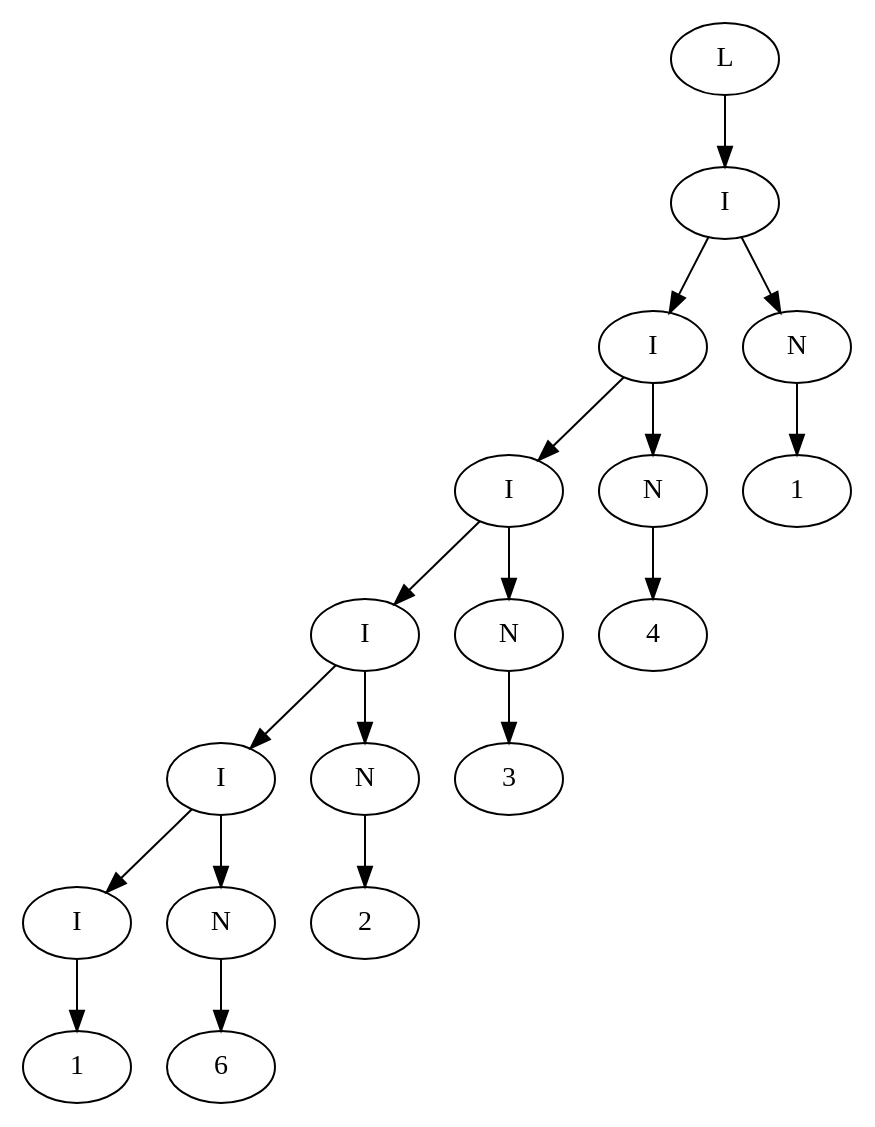
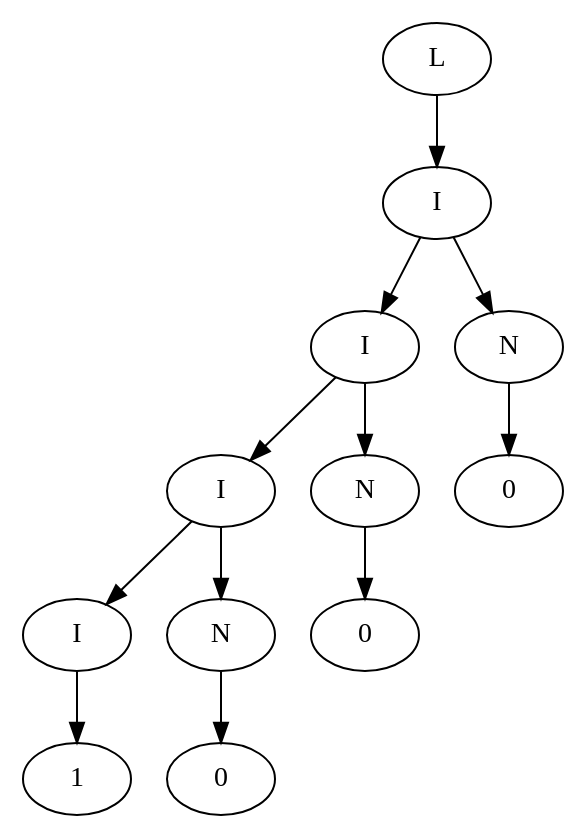
The diagram in IniciaConUno/archivo.dot (rcastroumg/AutomatasYLenguajesA), drawn with Graphviz before and after one commit. The commit also changed 21 other files, not shown here.

```diff
--- a/IniciaConUno/archivo.dot
+++ b/IniciaConUno/archivo.dot
@@ -1,38 +1,26 @@
 digraph G{
 nodo0 [label=1];
 nodo1 [label=I];
 nodo1 -> nodo0;
-nodo2 [label=6];
+nodo2 [label=0];
 nodo3 [label=N];
 nodo3 -> nodo2;
 nodo4 [label=I];
 nodo4 -> nodo1;
 nodo4 -> nodo3;
-nodo5 [label=2];
+nodo5 [label=0];
 nodo6 [label=N];
 nodo6 -> nodo5;
 nodo7 [label=I];
 nodo7 -> nodo4;
 nodo7 -> nodo6;
-nodo8 [label=3];
+nodo8 [label=0];
 nodo9 [label=N];
 nodo9 -> nodo8;
 nodo10 [label=I];
 nodo10 -> nodo7;
 nodo10 -> nodo9;
-nodo11 [label=4];
-nodo12 [label=N];
-nodo12 -> nodo11;
-nodo13 [label=I];
-nodo13 -> nodo10;
-nodo13 -> nodo12;
-nodo14 [label=1];
-nodo15 [label=N];
-nodo15 -> nodo14;
-nodo16 [label=I];
-nodo16 -> nodo13;
-nodo16 -> nodo15;
-nodo17 [label=L];
-nodo17 -> nodo16;
+nodo11 [label=L];
+nodo11 -> nodo10;
 
 }
```
